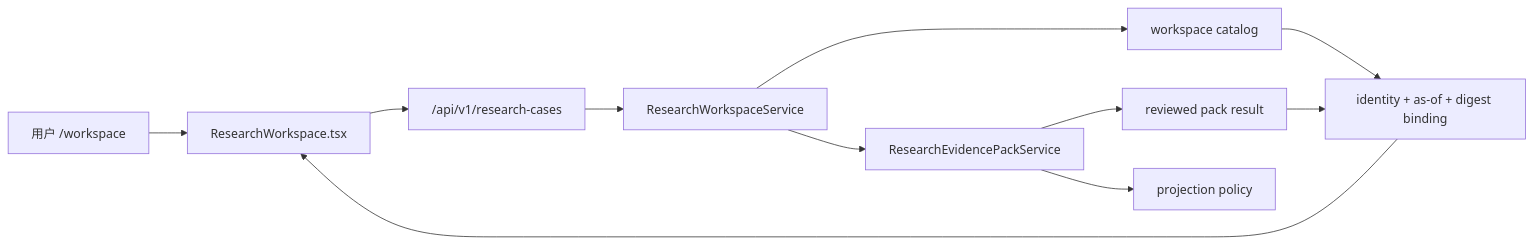
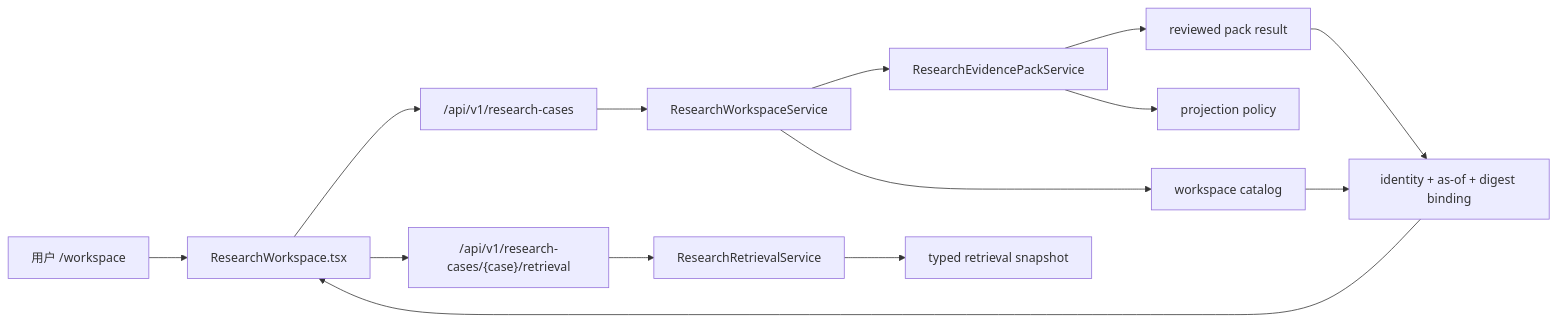
One commit to William-Huang274/FIN_Insight_Agent changed the first of 2 diagrams in docs/architecture/repository/FIN_0_1_3_CURRENT_BASELINE_CODE_MAP_20260811.zh-CN.md. Above: the diagram before and after it, drawn with Mermaid. The commit also changed other lines of this file and 31 other files, not shown here.

Commit message:
feat(retrieval): add typed S1-A candidate vertical slice

````diff
--- a/docs/architecture/repository/FIN_0_1_3_CURRENT_BASELINE_CODE_MAP_20260811.zh-CN.md
+++ b/docs/architecture/repository/FIN_0_1_3_CURRENT_BASELINE_CODE_MAP_20260811.zh-CN.md
@@ -12,13 +12,16 @@
 ```mermaid
 flowchart LR
     U["用户 /workspace"] --> UI["ResearchWorkspace.tsx"]
     UI --> API["/api/v1/research-cases"]
+    UI --> QAPI["/api/v1/research-cases/{case}/retrieval"]
     API --> WS["ResearchWorkspaceService"]
     WS --> EP["ResearchEvidencePackService"]
     WS --> C["workspace catalog"]
     EP --> R["reviewed pack result"]
     EP --> P["projection policy"]
+    QAPI --> QS["ResearchRetrievalService"]
+    QS --> QR["typed retrieval snapshot"]
     C --> B["identity + as-of + digest binding"]
     R --> B
     B --> UI
 ```
````
